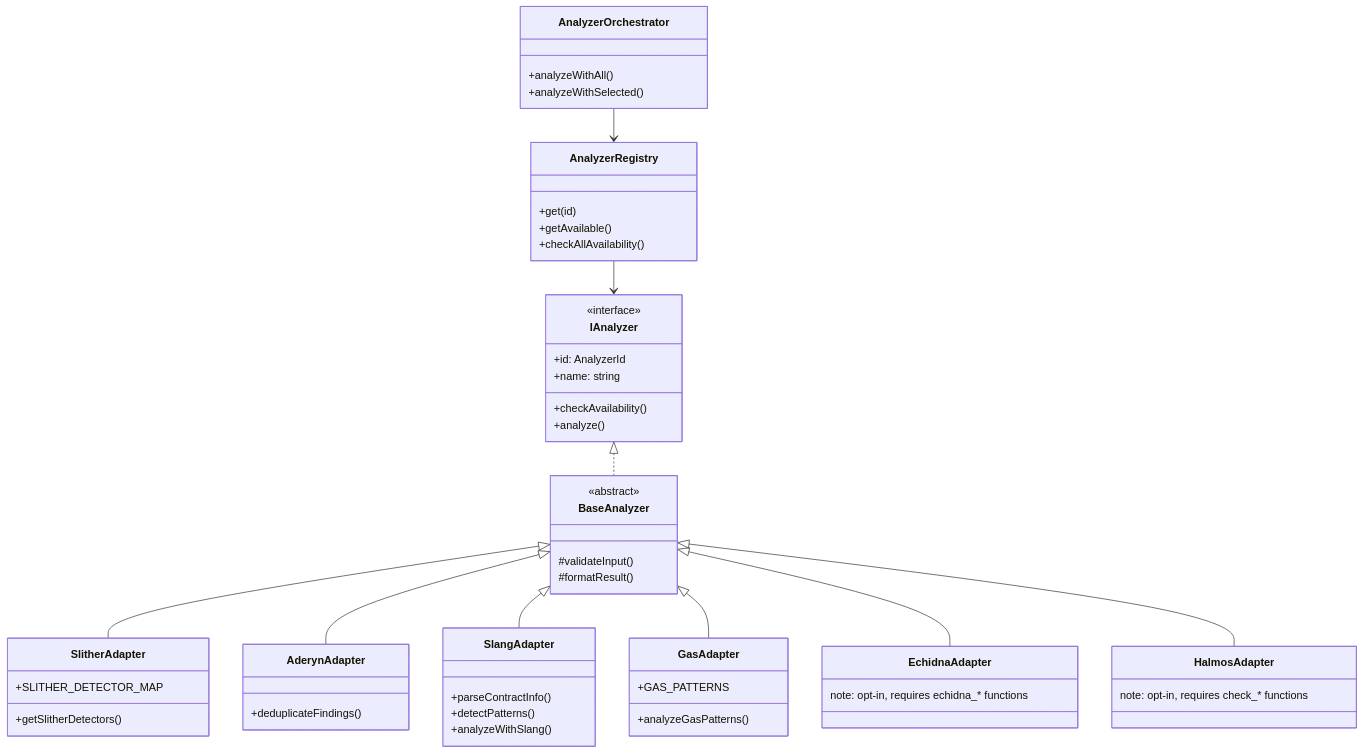
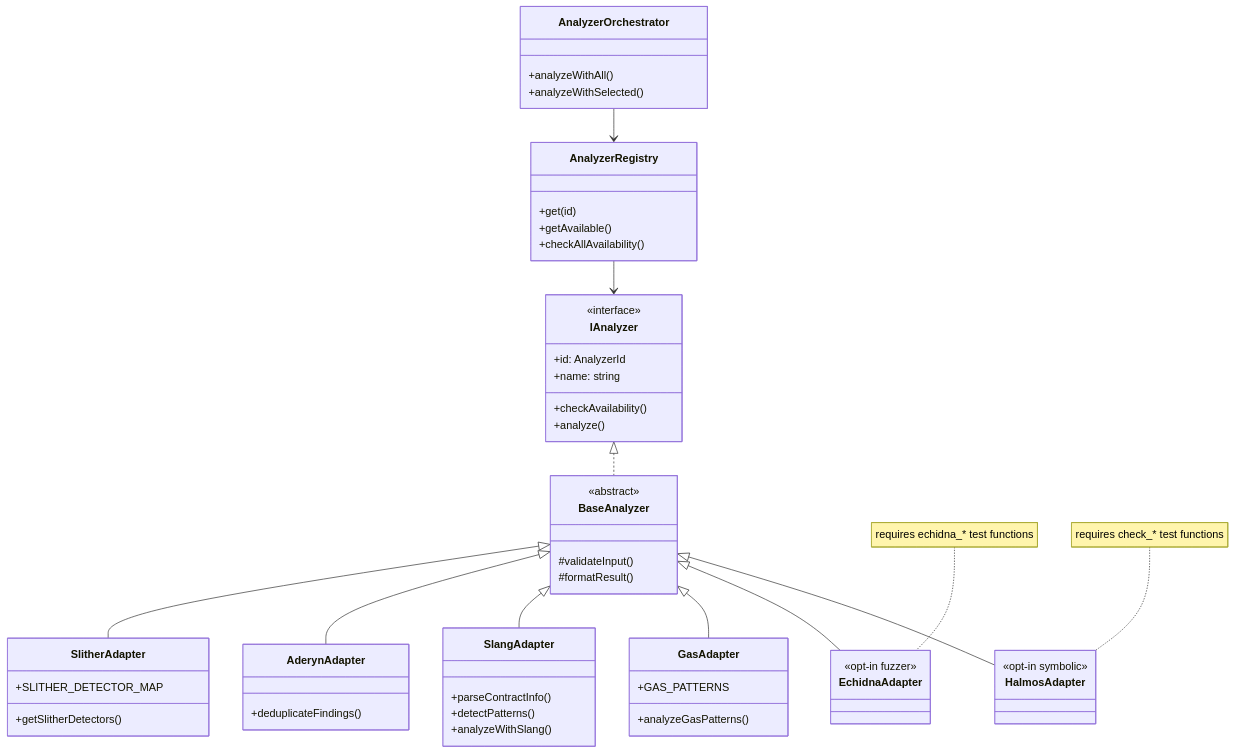
Before and after one commit to mariano-aguero/solidity-audit-mcp: the second of 3 diagrams in docs/ARCHITECTURE.md, drawn with Mermaid.

Commit message:
fix: correct Mermaid class diagram syntax for EchidnaAdapter and HalmosAdapter notes

````diff
--- a/docs/ARCHITECTURE.md
+++ b/docs/ARCHITECTURE.md
@@ -147,61 +147,64 @@
 ```mermaid
 classDiagram
     class IAnalyzer {
         <<interface>>
         +id: AnalyzerId
         +name: string
         +checkAvailability()
         +analyze()
     }
 
     class BaseAnalyzer {
         <<abstract>>
         #validateInput()
         #formatResult()
     }
 
     class SlitherAdapter {
         +SLITHER_DETECTOR_MAP
         +getSlitherDetectors()
     }
     class AderynAdapter {
         +deduplicateFindings()
     }
     class SlangAdapter {
         +parseContractInfo()
         +detectPatterns()
         +analyzeWithSlang()
     }
     class GasAdapter {
         +GAS_PATTERNS
         +analyzeGasPatterns()
     }
     class EchidnaAdapter {
-        note: opt-in, requires echidna_* functions
+        <<opt-in fuzzer>>
     }
     class HalmosAdapter {
-        note: opt-in, requires check_* functions
+        <<opt-in symbolic>>
     }
 
     IAnalyzer <|.. BaseAnalyzer
     BaseAnalyzer <|-- SlitherAdapter
     BaseAnalyzer <|-- AderynAdapter
     BaseAnalyzer <|-- SlangAdapter
     BaseAnalyzer <|-- GasAdapter
     BaseAnalyzer <|-- EchidnaAdapter
     BaseAnalyzer <|-- HalmosAdapter
+
+    note for EchidnaAdapter "requires echidna_* test functions"
+    note for HalmosAdapter "requires check_* test functions"
 
     class AnalyzerRegistry {
         +get(id)
         +getAvailable()
         +checkAllAvailability()
     }
 
     class AnalyzerOrchestrator {
         +analyzeWithAll()
         +analyzeWithSelected()
     }
 
     AnalyzerRegistry --> IAnalyzer
     AnalyzerOrchestrator --> AnalyzerRegistry
 ```
````
